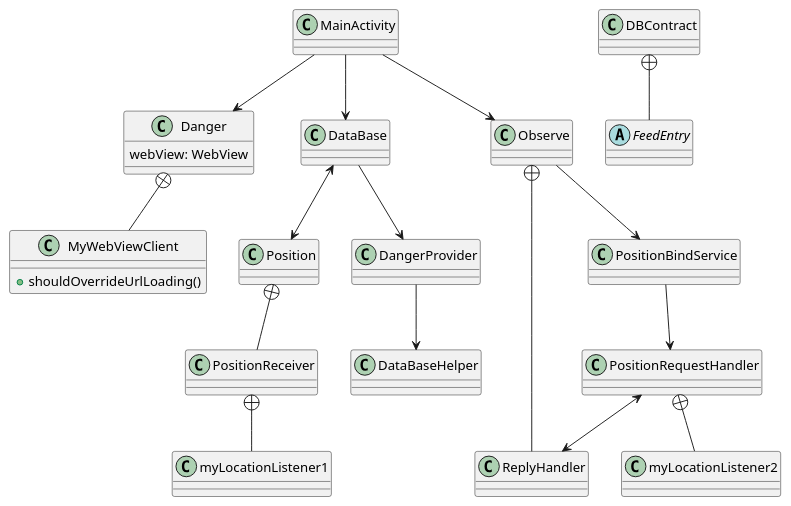
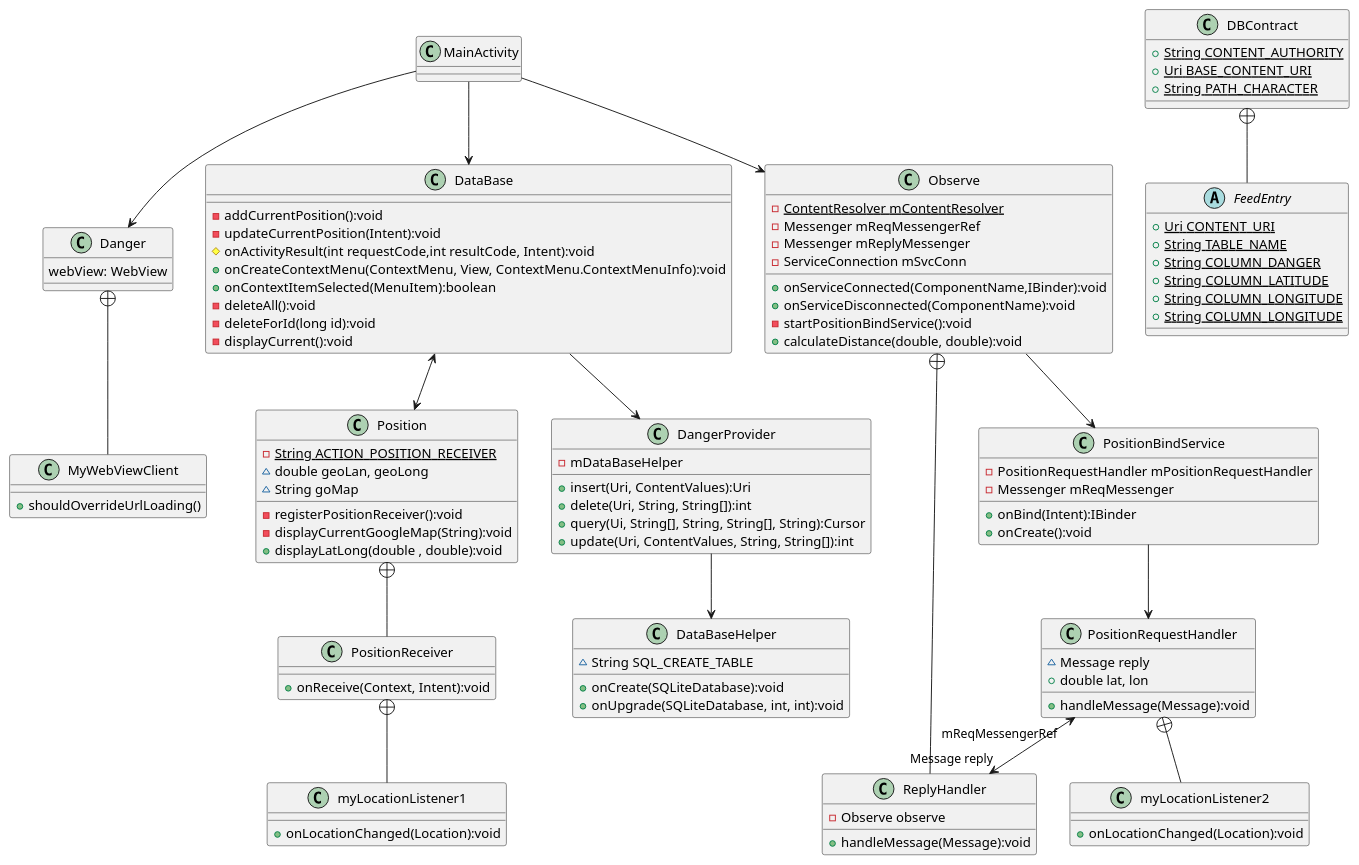
Before and after one commit to AlexYach1973/Capstone: the diagram in app/src/main/java/org/coursera/sustainableapps/caostoneproject/UML diagram.puml, drawn with PlantUML. The commit also changed 2 other files, not shown here.

Commit message:
Работает damage Добавил DataBase Загружает базу по умолчанию. Исп. устаревший SimpleLOadCursor initial commit Работает окно Position, определяет текущее местоположение Работает добавление в базу данных Работает контекстное меню- удаление, редактирование одного элемента удалил webView из Position, вставил ImageView с черепом и костями Работает окно Observe.java, выводит базу данных без расстояний Работает система Observe - Receiver - Service - Receiver - Observe Все нахер переделал. СХЕМА: Observe -> bindService -> RequestHandler -> Observe СХЕМА работает. вкладка Observe работает. На счет расстояния не уверен ВСЕ работает. Еще одна схема: Position -> LocalBroadcastReceiver - координаты Заполняю схему UML Доработал пункт кнтекстого меню - change Нарисовал диаграмму

```diff
--- a/app/src/main/java/org/coursera/sustainableapps/caostoneproject/UML diagram.puml
+++ b/app/src/main/java/org/coursera/sustainableapps/caostoneproject/UML diagram.puml
@@ -1,44 +1,122 @@
 @startuml
 'https://plantuml.com/class-diagram
 
 class MainActivity
 class Danger {
  webView: WebView
 }
+
 class MyWebViewClient {
  +shouldOverrideUrlLoading()
 }
-class DataBase
-class Observe
-class ReplyHandler
-class PositionBindService
-class PositionRequestHandler
-class myLocationListener2
-class Position
-class PositionReceiver
-class myLocationListener1
-class DataBaseHelper
-class DangerProvider
-class DBContract
-abstract class FeedEntry
+
+class DataBase {
+- addCurrentPosition():void
+- updateCurrentPosition(Intent):void
+# onActivityResult(int requestCode,int resultCode, Intent):void
++ onCreateContextMenu(ContextMenu, View, ContextMenu.ContextMenuInfo):void
++ onContextItemSelected(MenuItem):boolean
+- deleteAll():void
+- deleteForId(long id):void
+- displayCurrent():void
+}
+
+class Observe {
+- {static} ContentResolver mContentResolver
+- Messenger mReqMessengerRef
+-  Messenger mReplyMessenger
+- ServiceConnection mSvcConn
++ onServiceConnected(ComponentName,IBinder):void
++ onServiceDisconnected(ComponentName):void
+- startPositionBindService():void
++ calculateDistance(double, double):void
+}
+
+class ReplyHandler {
+- Observe observe
++ handleMessage(Message):void
+}
+
+class PositionBindService {
+- PositionRequestHandler mPositionRequestHandler
+- Messenger mReqMessenger
++ onBind(Intent):IBinder
++ onCreate():void
+}
+
+class PositionRequestHandler {
+~ Message reply
++ double lat, lon
++ handleMessage(Message):void
+}
+
+class myLocationListener2 {
++ onLocationChanged(Location):void
+}
+
+class Position {
+- {static} String ACTION_POSITION_RECEIVER
+~ double geoLan, geoLong
+~ String goMap
+- registerPositionReceiver():void
+- displayCurrentGoogleMap(String):void
++ displayLatLong(double , double):void
+}
+
+class PositionReceiver {
++  onReceive(Context, Intent):void
+}
+
+class myLocationListener1 {
++ onLocationChanged(Location):void
+}
+
+class DataBaseHelper {
+~ String SQL_CREATE_TABLE
++ onCreate(SQLiteDatabase):void
++ onUpgrade(SQLiteDatabase, int, int):void
+}
+
+class DangerProvider {
+- mDataBaseHelper
++ insert(Uri, ContentValues):Uri
++ delete(Uri, String, String[]):int
++ query(Ui, String[], String, String[], String):Cursor
++ update(Uri, ContentValues, String, String[]):int
+}
+
+class DBContract {
++ {static} String CONTENT_AUTHORITY
++ {static} Uri BASE_CONTENT_URI
++ {static} String PATH_CHARACTER
+}
+
+abstract class FeedEntry {
++ {static} Uri CONTENT_URI
++ {static} String TABLE_NAME
++ {static} String COLUMN_DANGER
++ {static} String COLUMN_LATITUDE
++ {static} String COLUMN_LONGITUDE
++ {static} String COLUMN_LONGITUDE
+}
 
 MainActivity --> Danger
 MainActivity --> Observe
 MainActivity --> DataBase
 DataBase <--> Position
 DataBase --> DangerProvider
 DBContract +-- FeedEntry
 Position +-- PositionReceiver
 Observe +-- ReplyHandler
 Observe --> PositionBindService
 PositionBindService --> PositionRequestHandler
-PositionRequestHandler <--> ReplyHandler
+PositionRequestHandler "mReqMessengerRef" <--> "Message reply" ReplyHandler
 DangerProvider --> DataBaseHelper
 Danger +-- MyWebViewClient
 PositionReceiver +-- myLocationListener1
 PositionRequestHandler +-- myLocationListener2
 
 
 
 
 @enduml
```
